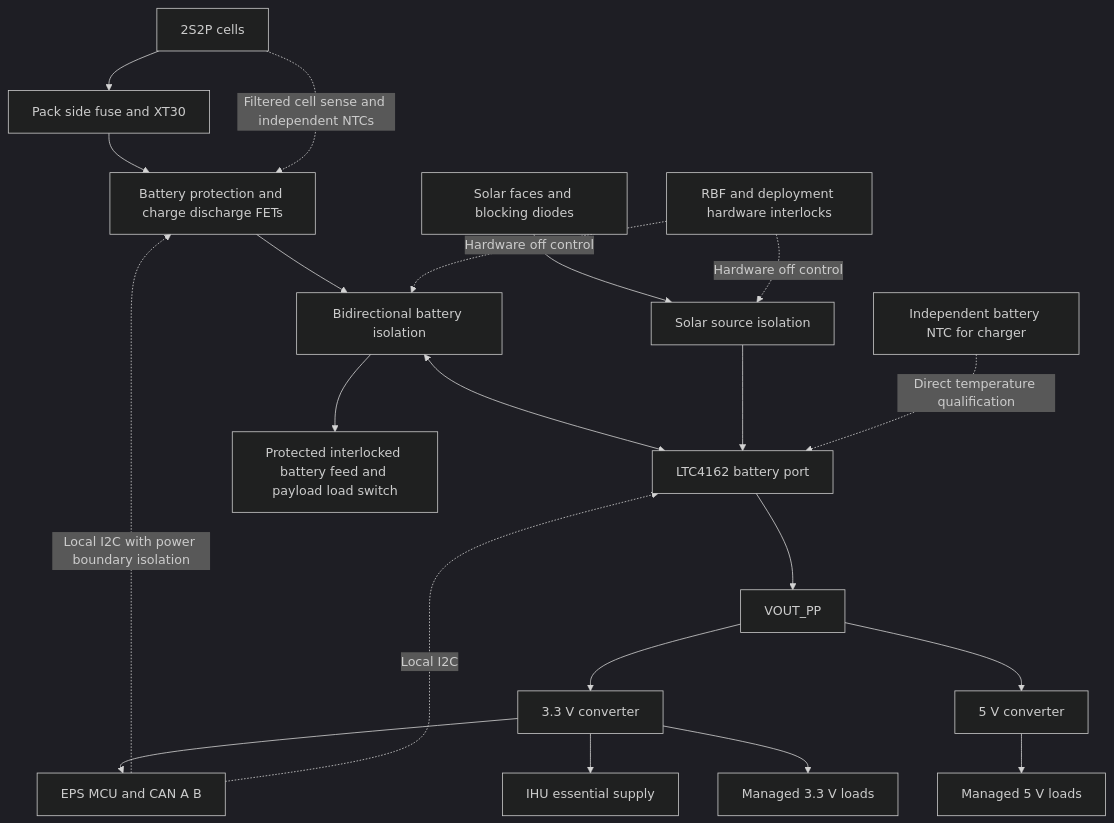
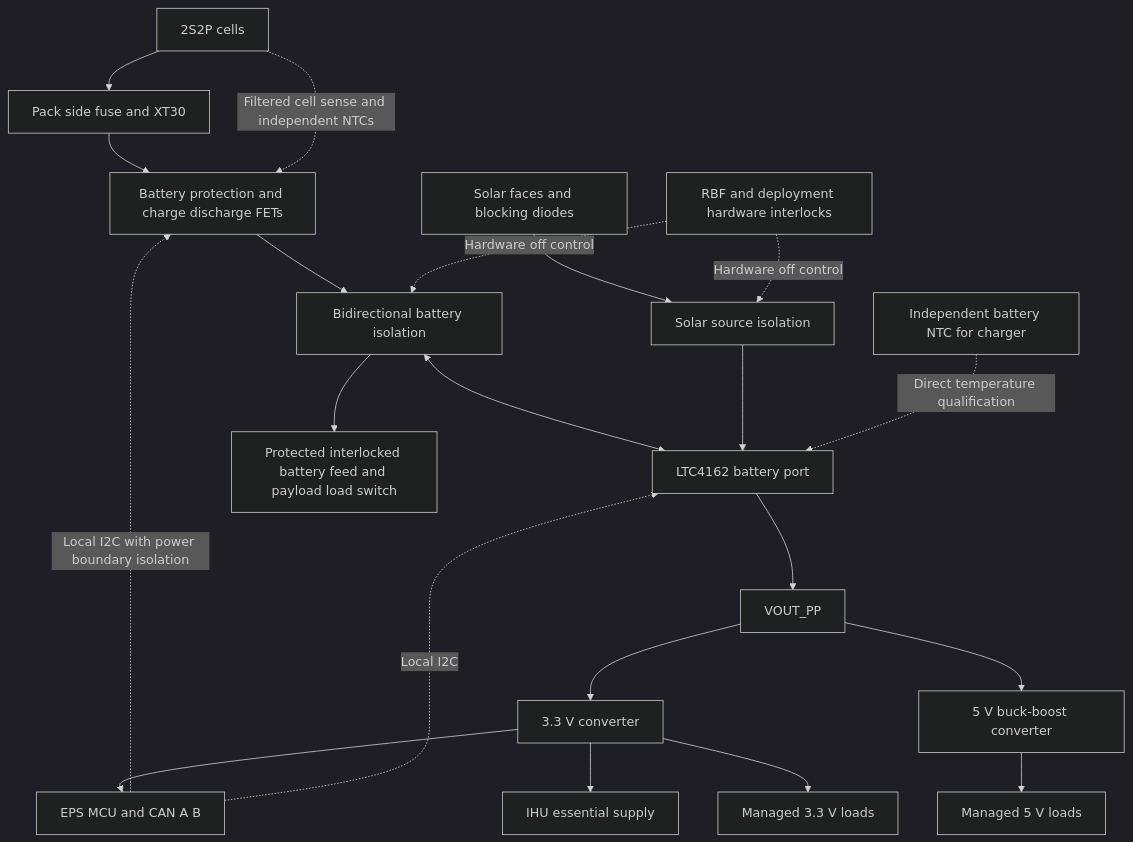
The diagram in hardware/eps/design/rev_b_plan.md (ngrabbs/ember), drawn with Mermaid (dark theme) before and after one commit. The commit also changed other lines of this file and 5 other files, not shown here.

````diff
--- a/hardware/eps/design/rev_b_plan.md
+++ b/hardware/eps/design/rev_b_plan.md
@@ -43,23 +45,23 @@
 ```mermaid
 flowchart TD
     CELLS[2S2P cells] --> FUSE[Pack side fuse and XT30]
     FUSE --> PROTECT[Battery protection and charge discharge FETs]
     CELLS -. Filtered cell sense and independent NTCs .-> PROTECT
     PROTECT --> BATCUT[Bidirectional battery isolation]
     SOLAR[Solar faces and blocking diodes] --> SOLCUT[Solar source isolation]
     BATCUT <--> CHARGER[LTC4162 battery port]
     SOLCUT --> CHARGER
     INTERLOCK[RBF and deployment hardware interlocks] -. Hardware off control .-> BATCUT
     INTERLOCK -. Hardware off control .-> SOLCUT
     CHARGER --> PP[VOUT_PP]
     PP --> BUCK33[3.3 V converter]
-    PP --> BUCK5[5 V converter]
+    PP --> BUCK5[5 V buck-boost converter]
     BUCK33 --> MCU[EPS MCU and CAN A B]
     BUCK33 --> IHU[IHU essential supply]
     BUCK33 --> LOAD33[Managed 3.3 V loads]
     BUCK5 --> LOAD5[Managed 5 V loads]
     BATCUT --> PAYLOAD[Protected interlocked battery feed and payload load switch]
     MCU -. Local I2C with power boundary isolation .-> PROTECT
     MCU -. Local I2C .-> CHARGER
     NTC[Independent battery NTC for charger] -. Direct temperature qualification .-> CHARGER
 ```
````
